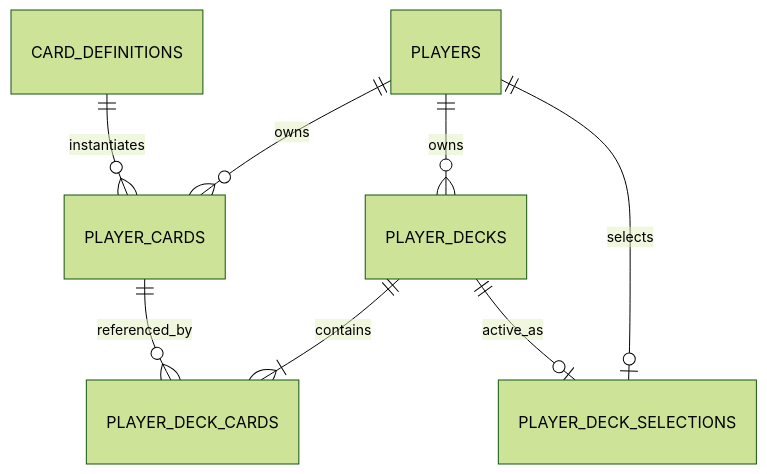
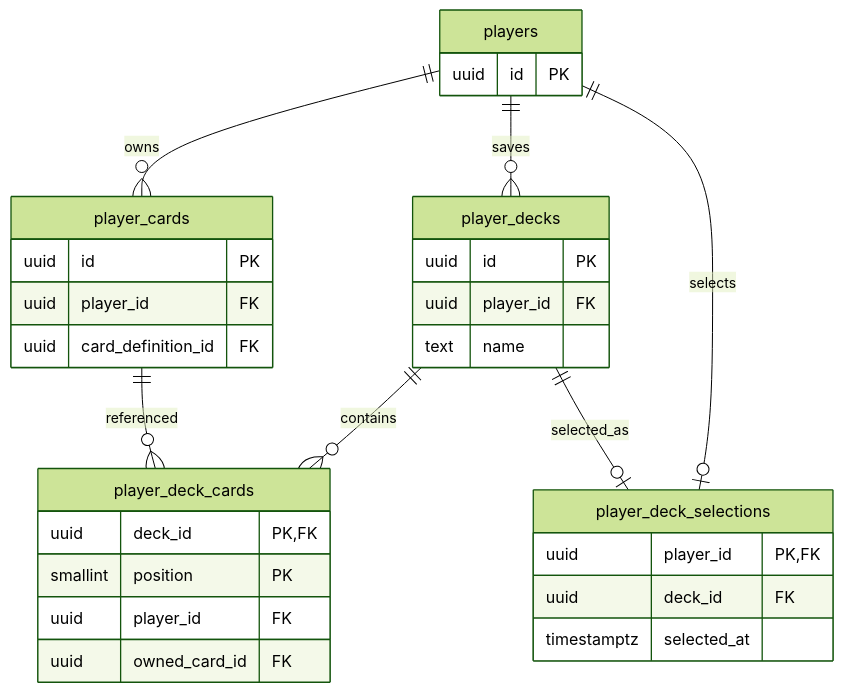
The diagram in docs/database/saved-deck-persistence-design.md (Gradient-Ascenders/Wits-World), drawn with Mermaid (forest theme) before and after one commit. The commit also changed other lines of this file and 28 other files, not shown here.

````diff
--- a/docs/database/saved-deck-persistence-design.md
+++ b/docs/database/saved-deck-persistence-design.md
@@ -52,14 +19,38 @@
 ```mermaid
 erDiagram
-    accTitle: Deck storage and API
-    accDescr: Selected schema relationships. The surrounding document explains fields, constraints and server authority.
-  PLAYERS ||--o{ PLAYER_CARDS : owns
-  CARD_DEFINITIONS ||--o{ PLAYER_CARDS : instantiates
+    direction TB
+    accTitle: Saved decks reference owned copies and one player selection
+    accDescr: Players own saved decks and individual card copies. Deck membership records ordered copy references with ownership-safe foreign keys. Each player can select at most one owned deck. Deleting a deck removes membership and selection while keeping card ownership.
 
-  PLAYERS ||--o{ PLAYER_DECKS : owns
-  PLAYER_DECKS ||--|{ PLAYER_DECK_CARDS : contains
-  PLAYER_CARDS ||--o{ PLAYER_DECK_CARDS : referenced_by
+    players ||--o{ player_decks : saves
+    players ||--o{ player_cards : owns
+    player_decks ||--o{ player_deck_cards : contains
+    player_cards ||--o{ player_deck_cards : referenced
+    players ||--o| player_deck_selections : selects
+    player_decks ||--o| player_deck_selections : selected_as
 
-  PLAYERS ||--o| PLAYER_DECK_SELECTIONS : selects
-  PLAYER_DECKS ||--o| PLAYER_DECK_SELECTIONS : active_as
+    players {
+        uuid id PK
+    }
+    player_decks {
+        uuid id PK
+        uuid player_id FK
+        text name
+    }
+    player_cards {
+        uuid id PK
+        uuid player_id FK
+        uuid card_definition_id FK
+    }
+    player_deck_cards {
+        uuid deck_id PK, FK
+        smallint position PK
+        uuid player_id FK
+        uuid owned_card_id FK
+    }
+    player_deck_selections {
+        uuid player_id PK, FK
+        uuid deck_id FK
+        timestamptz selected_at
+    }
 ```
````
